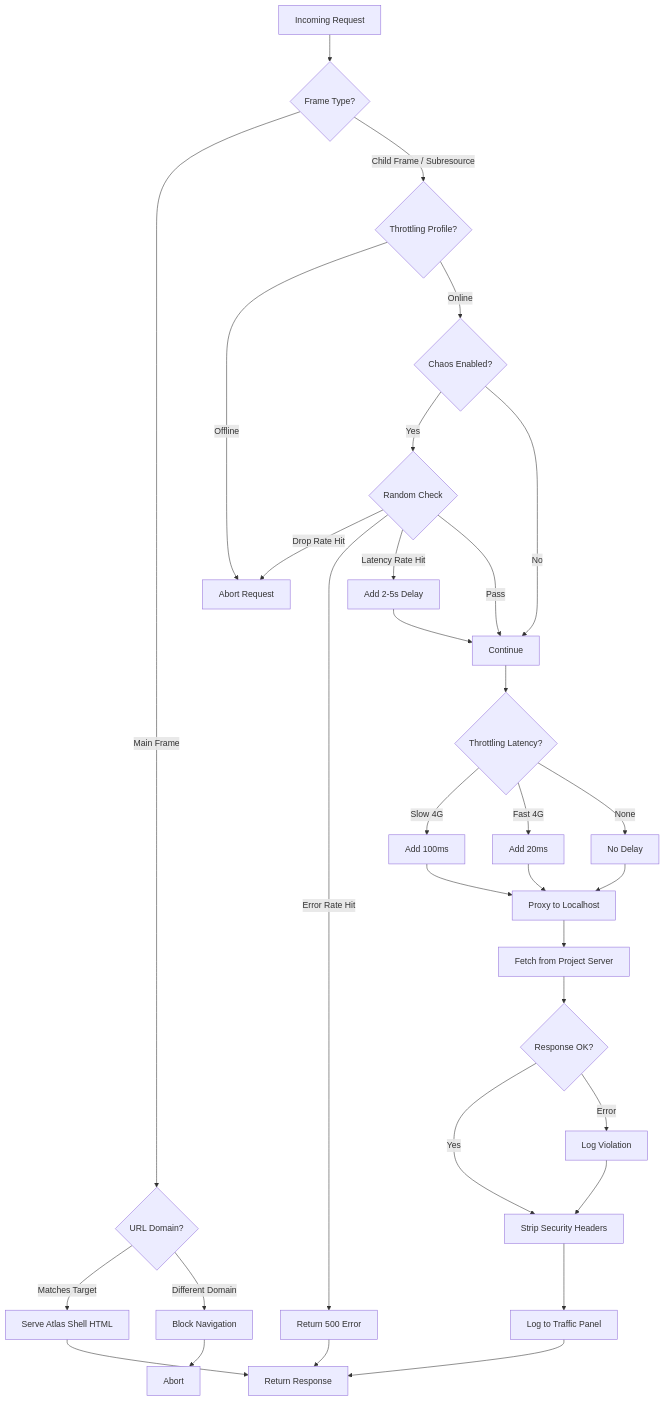
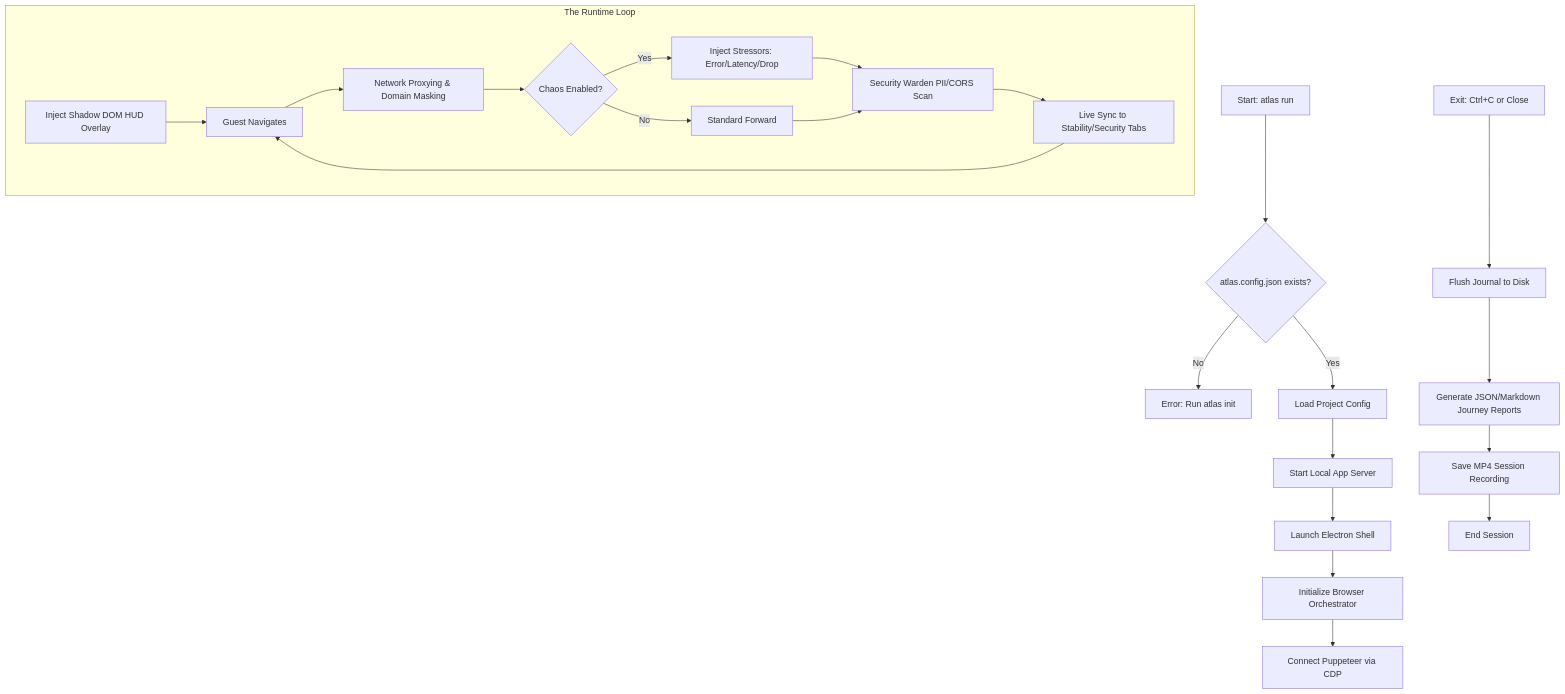
Before and after one commit to chirag-parmar16/atlas: the diagram in diagrams/07_system_flow_diagram.md, drawn with Mermaid. The commit also changed other lines of this file and 5 other files, not shown here.

````diff
--- a/diagrams/07_system_flow_diagram.md
+++ b/diagrams/07_system_flow_diagram.md
@@ -56,45 +7,29 @@
 ```mermaid
-flowchart TD
-    A["Incoming Request"] --> B{"Frame Type?"}
+graph TD
+    A[Start: atlas run] --> B{atlas.config.json exists?}
+    B -- No --> C[Error: Run atlas init]
+    B -- Yes --> D[Load Project Config]
     
-    B -->|"Main Frame"| C{"URL Domain?"}
-    C -->|"Matches Target"| D["Serve Atlas Shell HTML"]
-    C -->|"Different Domain"| E["Block Navigation"]
+    D --> E[Start Local App Server]
+    E --> F[Launch Electron Shell]
+    F --> G[Initialize Browser Orchestrator]
+    G --> H[Connect Puppeteer via CDP]
     
-    B -->|"Child Frame / Subresource"| F{"Throttling Profile?"}
+    subgraph "The Runtime Loop"
+        I[Inject Shadow DOM HUD Overlay]
+        I --> J[Guest Navigates]
+        J --> K[Network Proxying & Domain Masking]
+        K --> L{Chaos Enabled?}
+        L -- Yes --> M[Inject Stressors: Error/Latency/Drop]
+        L -- No --> N[Standard Forward]
+        M --> O[Security Warden PII/CORS Scan]
+        N --> O
+        O --> P[Live Sync to Stability/Security Tabs]
+        P --> J
+    end
     
-    F -->|"Offline"| G["Abort Request"]
-    F -->|"Online"| H{"Chaos Enabled?"}
-    
-    H -->|"Yes"| I{"Random Check"}
-    I -->|"Drop Rate Hit"| G
-    I -->|"Error Rate Hit"| J["Return 500 Error"]
-    I -->|"Latency Rate Hit"| K["Add 2-5s Delay"]
-    I -->|"Pass"| L["Continue"]
-    K --> L
-    
-    H -->|"No"| L
-    
-    L --> M{"Throttling Latency?"}
-    M -->|"Slow 4G"| N["Add 100ms"]
-    M -->|"Fast 4G"| O["Add 20ms"]
-    M -->|"None"| P["No Delay"]
-    N --> Q
-    O --> Q
-    P --> Q
-    
-    Q["Proxy to Localhost"]
-    Q --> R["Fetch from Project Server"]
-    R --> S{"Response OK?"}
-    
-    S -->|"Yes"| T["Strip Security Headers"]
-    S -->|"Error"| U["Log Violation"]
-    U --> T
-    
-    T --> V["Log to Traffic Panel"]
-    V --> W["Return Response"]
-    
-    D --> W
-    E --> X["Abort"]
-    J --> W
+    Q[Exit: Ctrl+C or Close] --> R[Flush Journal to Disk]
+    R --> S[Generate JSON/Markdown Journey Reports]
+    S --> T[Save MP4 Session Recording]
+    T --> U[End Session]
 ```
````
